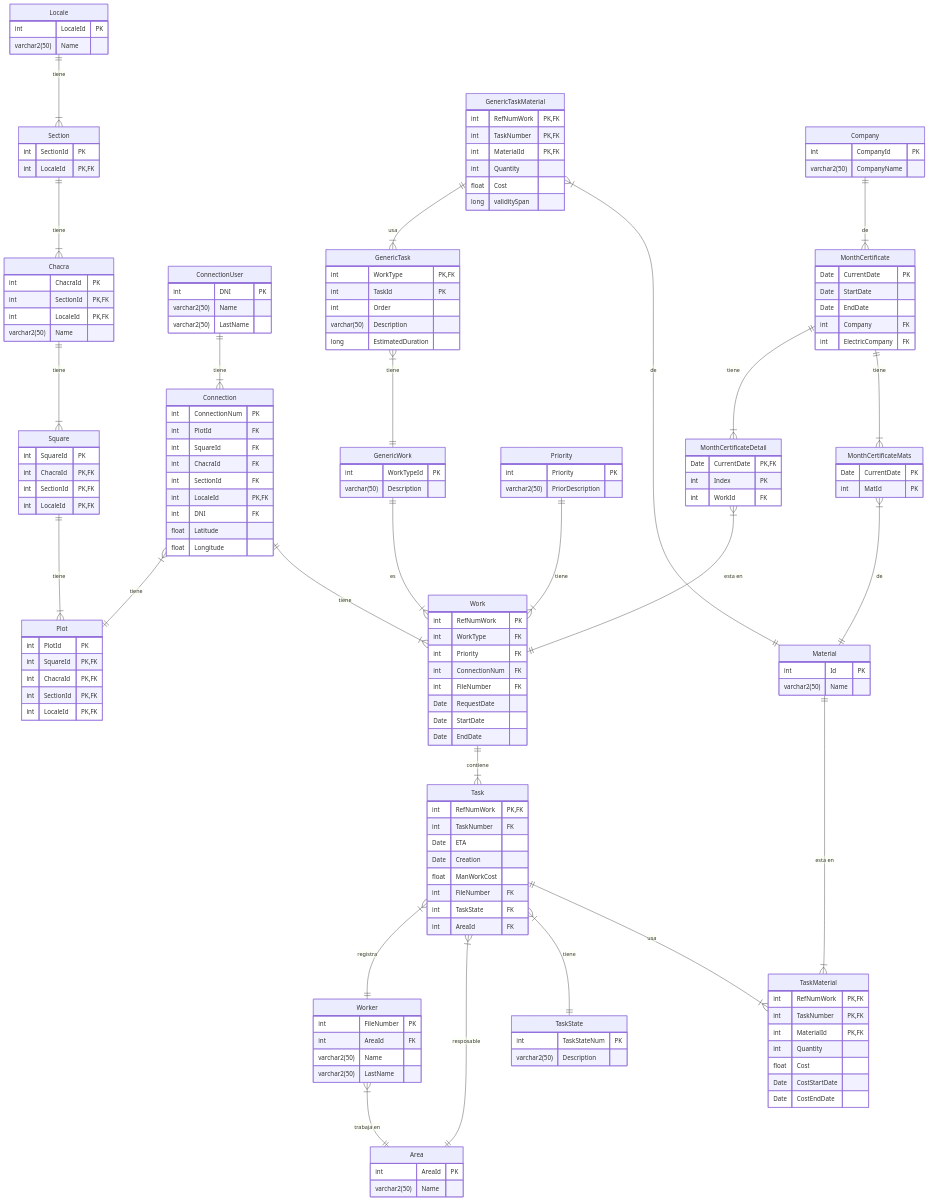
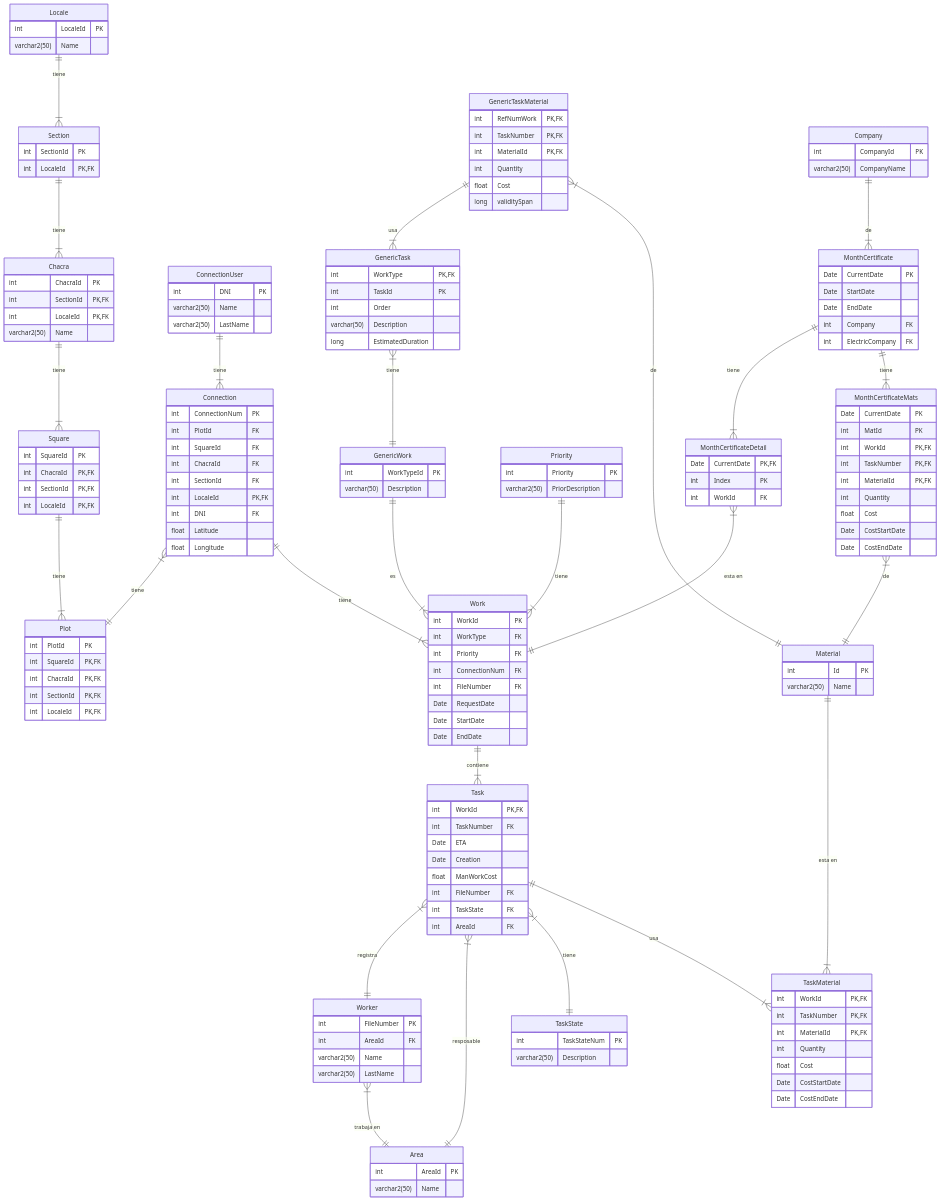
The diagram in docs/DER.md (Oscar-Wohlfarhrt/TBD-2024-TPI), drawn with Mermaid before and after one commit.

```diff
--- a/docs/DER.md
+++ b/docs/DER.md
@@ -78,7 +78,7 @@
 		long validitySpan
 	}
 	Work{
-        int RefNumWork PK
+        int WorkId PK
 		int WorkType FK
         int Priority FK
 		int ConnectionNum FK
@@ -92,7 +92,7 @@
         varchar2(50) PriorDescription
     }
 	Task{
-        int RefNumWork PK,FK
+        int WorkId PK,FK
 		int TaskNumber FK
 		Date ETA
 		Date Creation
@@ -106,7 +106,7 @@
 		varchar2(50) Name
 	}
 	TaskMaterial{
-        int RefNumWork PK,FK
+        int WorkId PK,FK
         int TaskNumber PK,FK
         int MaterialId PK,FK
 		int Quantity
@@ -134,7 +134,13 @@
 	MonthCertificateMats{
 		Date CurrentDate PK
 		int MatId PK
-
+        int WorkId PK,FK
+        int TaskNumber PK,FK
+        int MaterialId PK,FK
+		int Quantity
+		float Cost
+		Date CostStartDate
+		Date CostEndDate
 	}
 	Company{
 		int CompanyId PK
```
